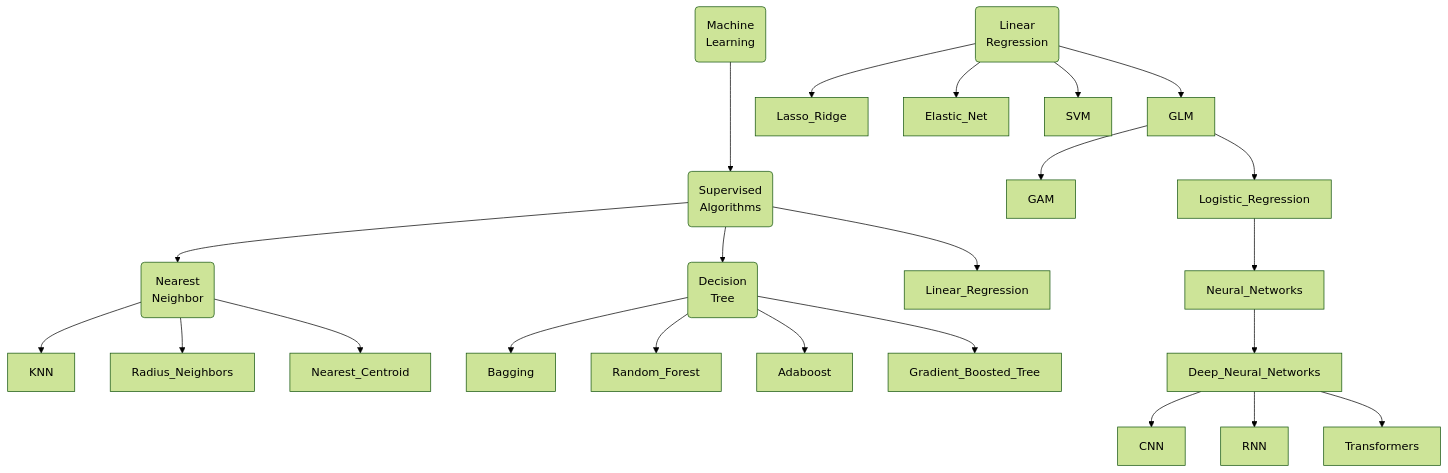
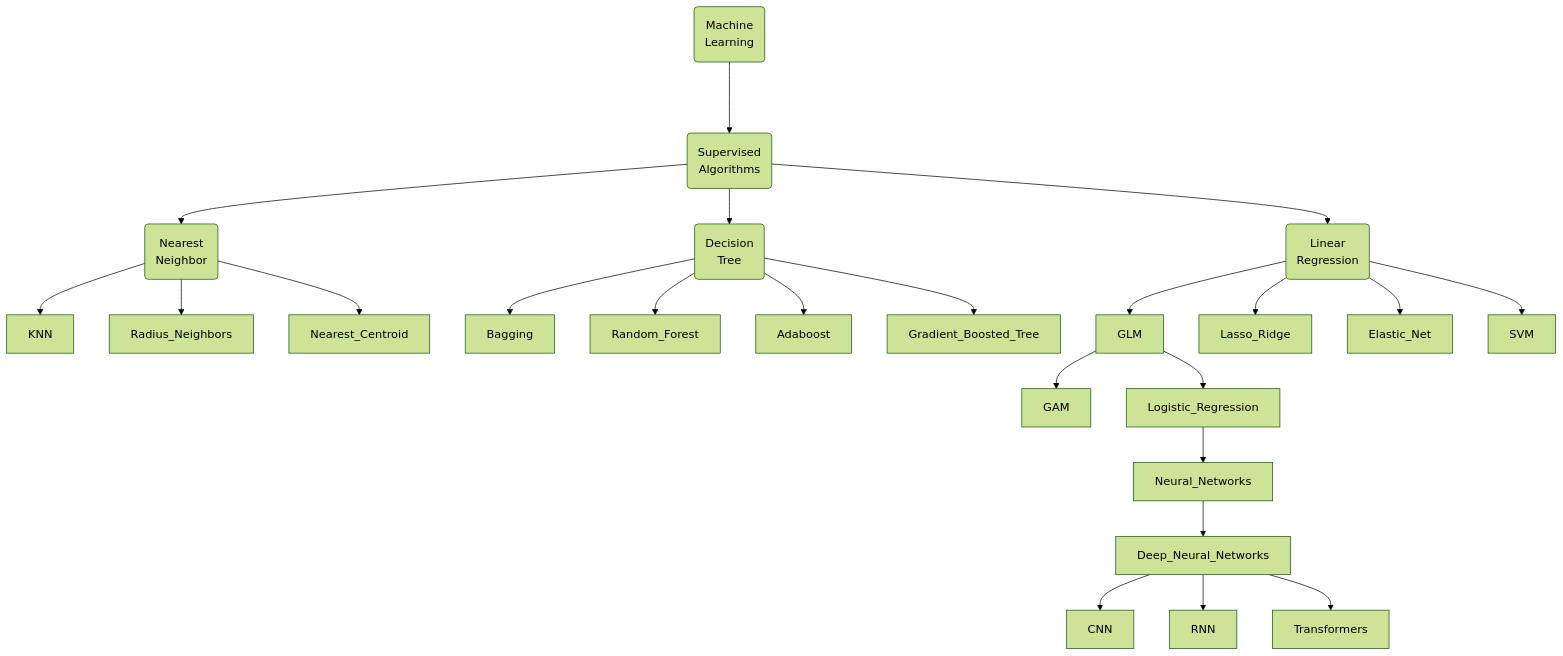
One commit to hwetsman/Public_Notes changed the diagram in ML_Tree.md. Above: the diagram before and after it, drawn with Mermaid (forest theme).

Commit message:
Refactor: add linear root

`````diff
--- a/ML_Tree.md
+++ b/ML_Tree.md
@@ -1,27 +1,27 @@
 ````mermaid
 flowchart TB
   Machine_Learning(Machine<br>Learning)
   Supervised(Supervised<br>Algorithms)
     Supervised-->Nearest(Nearest<br>Neighbor)
       Machine_Learning--->Supervised
     Nearest --> KNN
     Nearest --> Radius_Neighbors
     Nearest --> Nearest_Centroid
     Supervised --> Decision(Decision<br>Tree)
     Decision --> Bagging
     Decision --> Random_Forest
     Decision --> Adaboost
     Decision --> Gradient_Boosted_Tree
-    Supervised --> Linear_Regression
-    Linear(Linear<br>Regression) --> GLM
+    Supervised --> Linear(Linear<br>Regression)
+    Linear --> GLM
     GLM --> GAM
     GLM --> Logistic_Regression
     Logistic_Regression --> Neural_Networks
     Neural_Networks --> Deep_Neural_Networks
     Deep_Neural_Networks --> CNN
     Deep_Neural_Networks --> RNN
     Deep_Neural_Networks --> Transformers
     Linear --> Lasso_Ridge
     Linear --> Elastic_Net
     Linear --> SVM
 ````
`````
